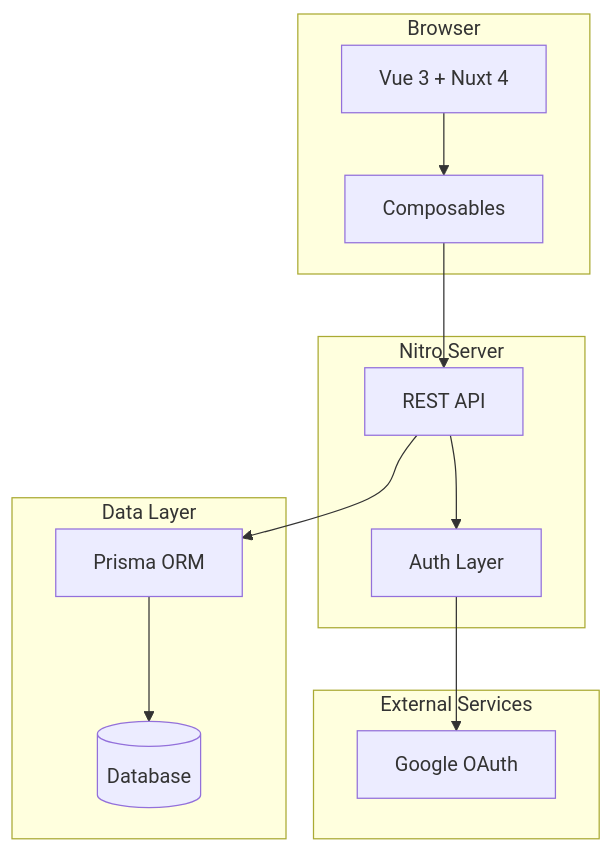
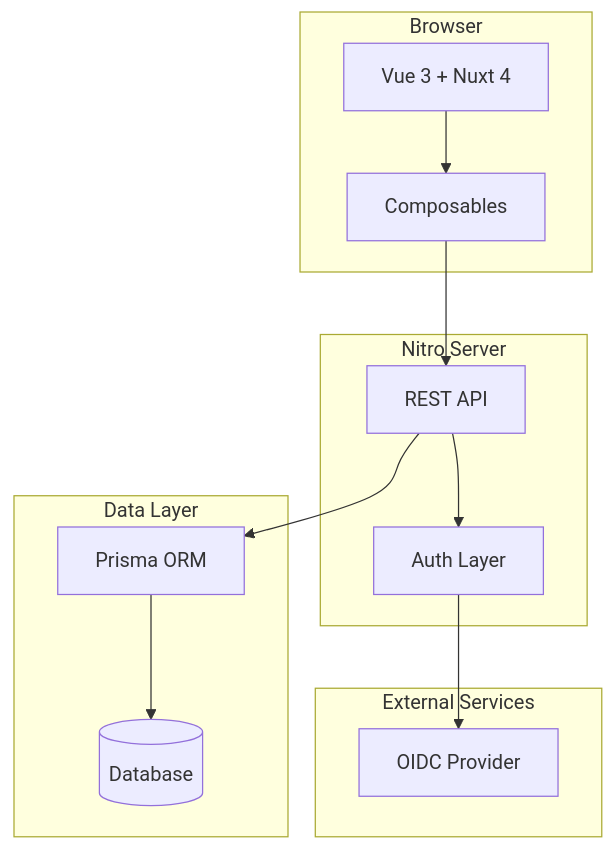
The second of 2 diagrams in README.md (redhat-openshift-partner-labs/portal), drawn with Mermaid before and after one commit. The commit also changed other lines of this file, not shown here.

First line of the commit message:
docs: update README to reflect OIDC authentication

````diff
--- a/README.md
+++ b/README.md
@@ -135,28 +137,28 @@
 ```mermaid
 flowchart TB
     subgraph Client["Browser"]
         Vue["Vue 3 + Nuxt 4"]
         Composables["Composables"]
     end
 
     subgraph Server["Nitro Server"]
         API["REST API"]
         Auth["Auth Layer"]
     end
 
     subgraph Data["Data Layer"]
         Prisma["Prisma ORM"]
         DB[(Database)]
     end
 
     subgraph External["External Services"]
-        Google["Google OAuth"]
+        OIDC["OIDC Provider"]
     end
 
     Vue --> Composables
     Composables --> API
     API --> Auth
-    Auth --> Google
+    Auth --> OIDC
     API --> Prisma
     Prisma --> DB
 ```
````
